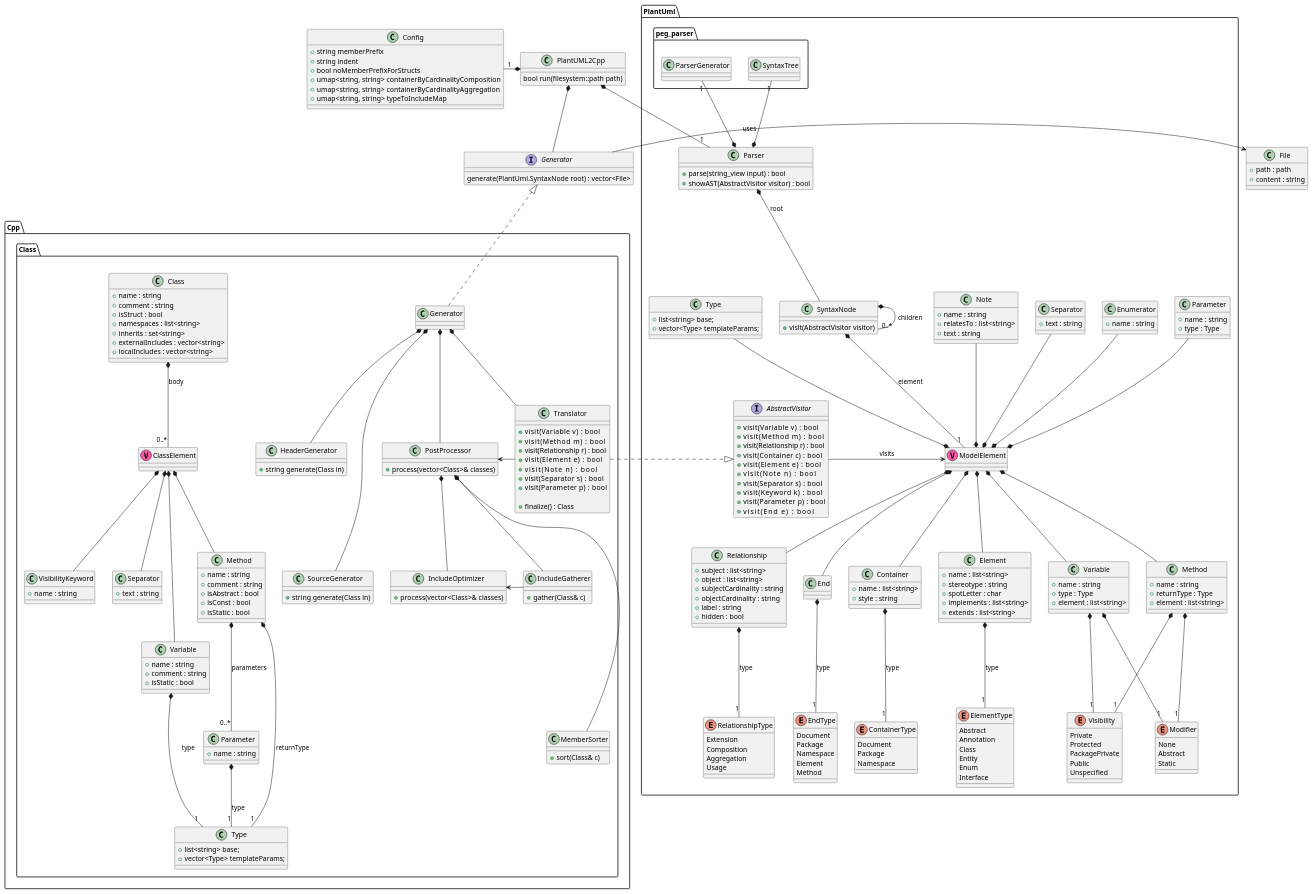
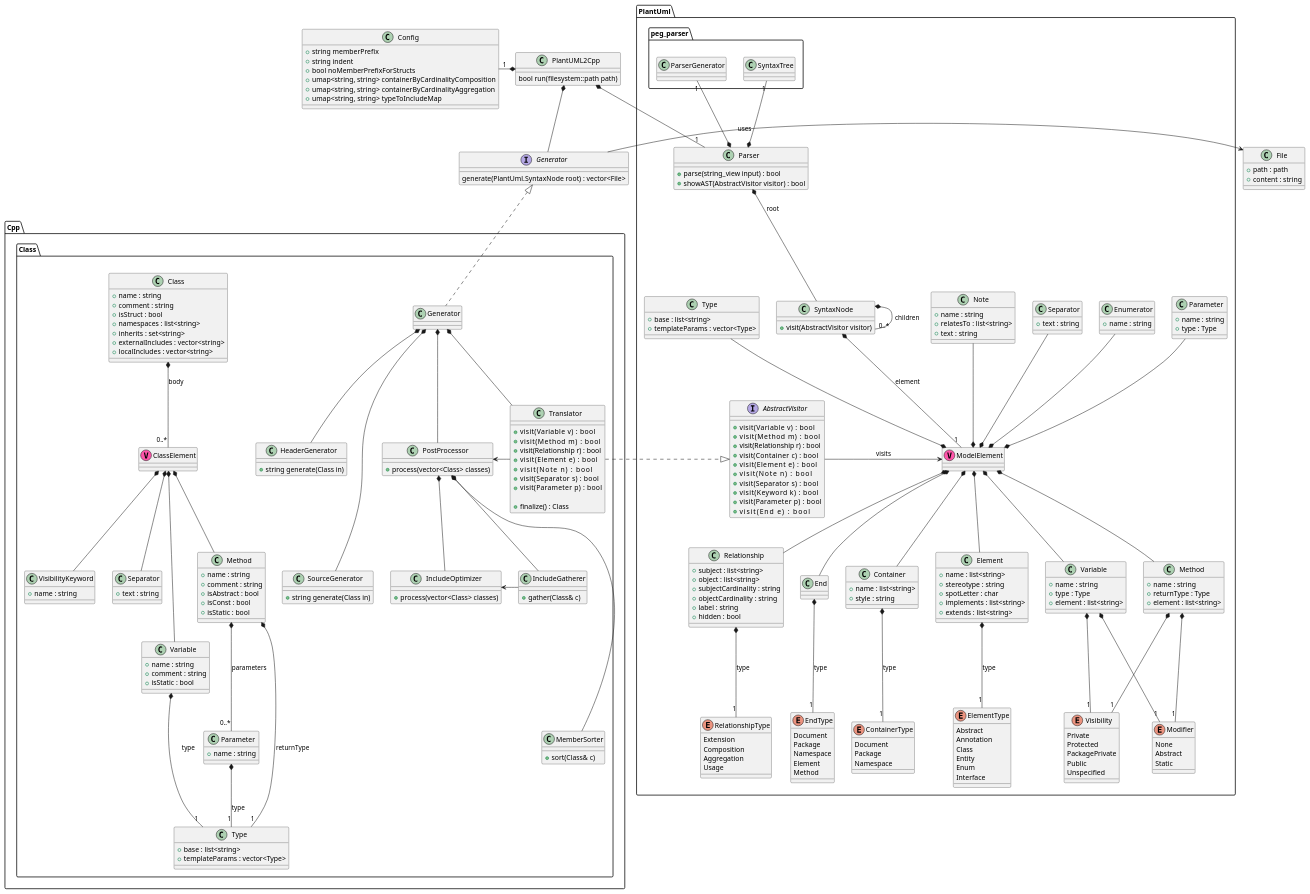
Before and after one commit to jteuber/PlantUML2Cpp: the diagram in models/PlantUML2Cpp.puml, drawn with PlantUML.

Commit message:
Fix some errors in the model

```diff
--- a/models/PlantUML2Cpp.puml
+++ b/models/PlantUML2Cpp.puml
@@ -98,10 +98,9 @@
     class Enumerator {
         +name : string
     }
-    class Type
-    {
-        +list<string> base;
-        +vector<Type> templateParams;
+    class Type {
+        +base : list<string>
+        +templateParams : vector<Type>
     }
     class Relationship {
         +subject : list<string> 
@@ -187,14 +186,14 @@
     namespace Class {
         ' *************** ALGORITHMS ***************
         class PostProcessor {
-            +process(vector<Class>& classes)
+            +process(vector<Class> classes)
         }
 
         class IncludeGatherer {
             +gather(Class& c)
         }
         class IncludeOptimizer {
-            +process(vector<Class>& classes)
+            +process(vector<Class> classes)
         }
         class MemberSorter {
             +sort(Class& c)
@@ -270,8 +269,8 @@
         }
         class Type
         {
-            +list<string> base;
-            +vector<Type> templateParams;
+            +base : list<string>
+            +templateParams : vector<Type>
         }
 
         Method *-- "1" Type : returnType
```
